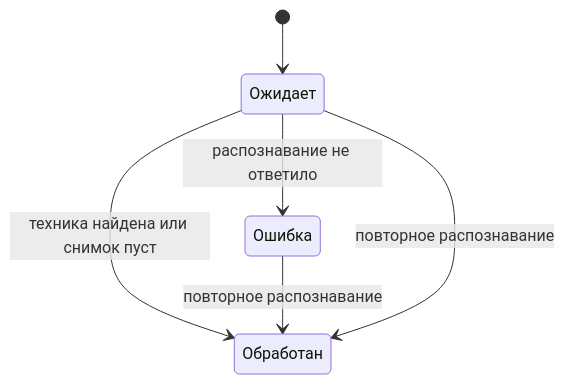
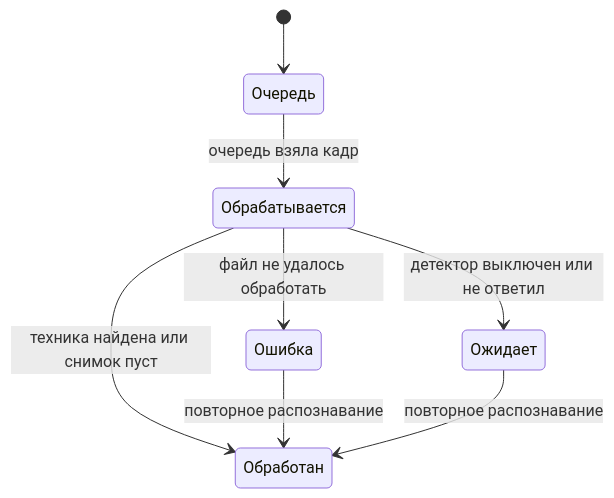
One commit to fadegor05/LCT-7 changed the third of 6 diagrams in documentation/business-logic.md. Above: the diagram before and after it, drawn with Mermaid. The commit also changed other lines of this file and 7 other files, not shown here.

````diff
--- a/documentation/business-logic.md
+++ b/documentation/business-logic.md
@@ -108,8 +111,10 @@
 ```mermaid
 stateDiagram-v2
-  [*] --> Ожидает
-  Ожидает --> Обработан: техника найдена или снимок пуст
-  Ожидает --> Ошибка: распознавание не ответило
+  [*] --> Очередь
+  Очередь --> Обрабатывается: очередь взяла кадр
+  Обрабатывается --> Обработан: техника найдена или снимок пуст
+  Обрабатывается --> Ожидает: детектор выключен или не ответил
+  Обрабатывается --> Ошибка: файл не удалось обработать
   Ошибка --> Обработан: повторное распознавание
   Ожидает --> Обработан: повторное распознавание
 ```
````
